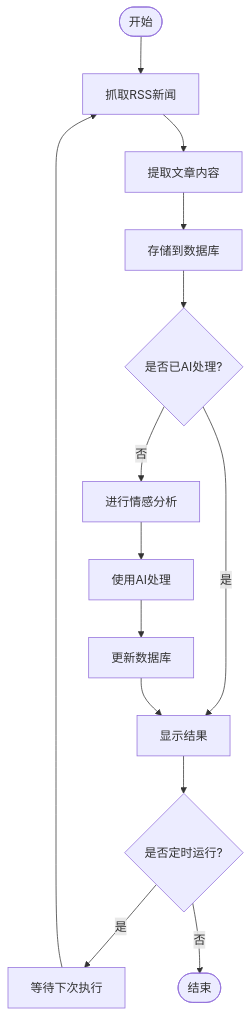
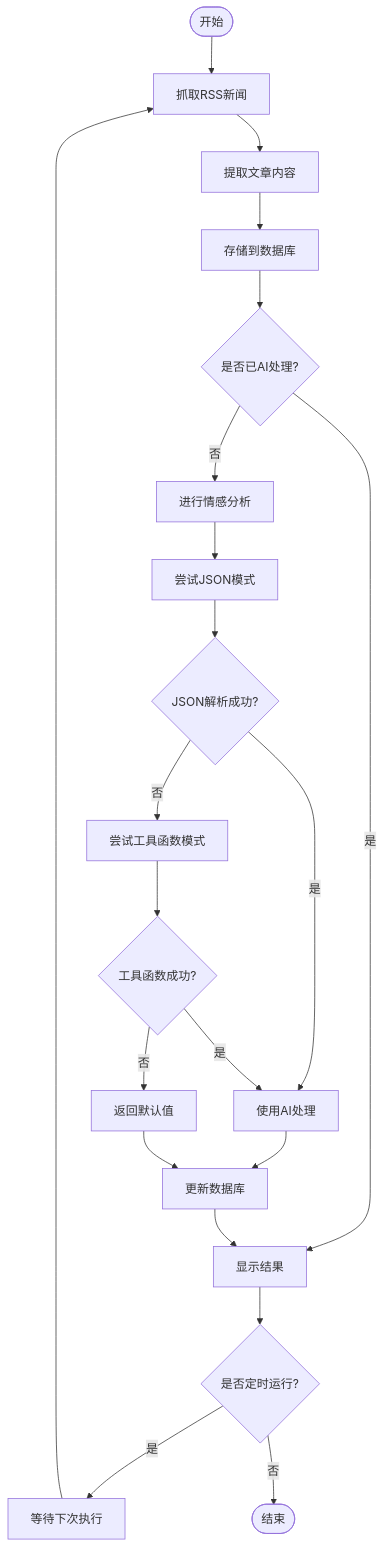
One commit to Ibook000/crypto-news-analyzer changed the second of 2 diagrams in README.md. Above: the diagram before and after it, drawn with Mermaid. The commit also changed other lines of this file and 8 other files, not shown here.

````diff
--- a/README.md
+++ b/README.md
@@ -301,16 +385,23 @@
 ```mermaid
 flowchart TD
     Start([开始]) --> FetchNews[抓取RSS新闻]
     FetchNews --> ExtractContent[提取文章内容]
     ExtractContent --> StoreArticle[存储到数据库]
     StoreArticle --> CheckAI{是否已AI处理?}
     CheckAI -->|否| AnalyzeSentiment[进行情感分析]
     CheckAI -->|是| DisplayResult[显示结果]
-    AnalyzeSentiment --> ProcessWithAI[使用AI处理]
+    AnalyzeSentiment --> TryJSON[尝试JSON模式]
+    TryJSON --> JSONSuccess{JSON解析成功?}
+    JSONSuccess -->|是| ProcessWithAI[使用AI处理]
+    JSONSuccess -->|否| TryTools[尝试工具函数模式]
+    TryTools --> ToolsSuccess{工具函数成功?}
+    ToolsSuccess -->|是| ProcessWithAI
+    ToolsSuccess -->|否| ReturnDefault[返回默认值]
     ProcessWithAI --> UpdateDB[更新数据库]
     UpdateDB --> DisplayResult
+    ReturnDefault --> UpdateDB
     DisplayResult --> Schedule{是否定时运行?}
     Schedule -->|是| Wait[等待下次执行]
     Schedule -->|否| End([结束])
     Wait --> FetchNews
 ```
````
